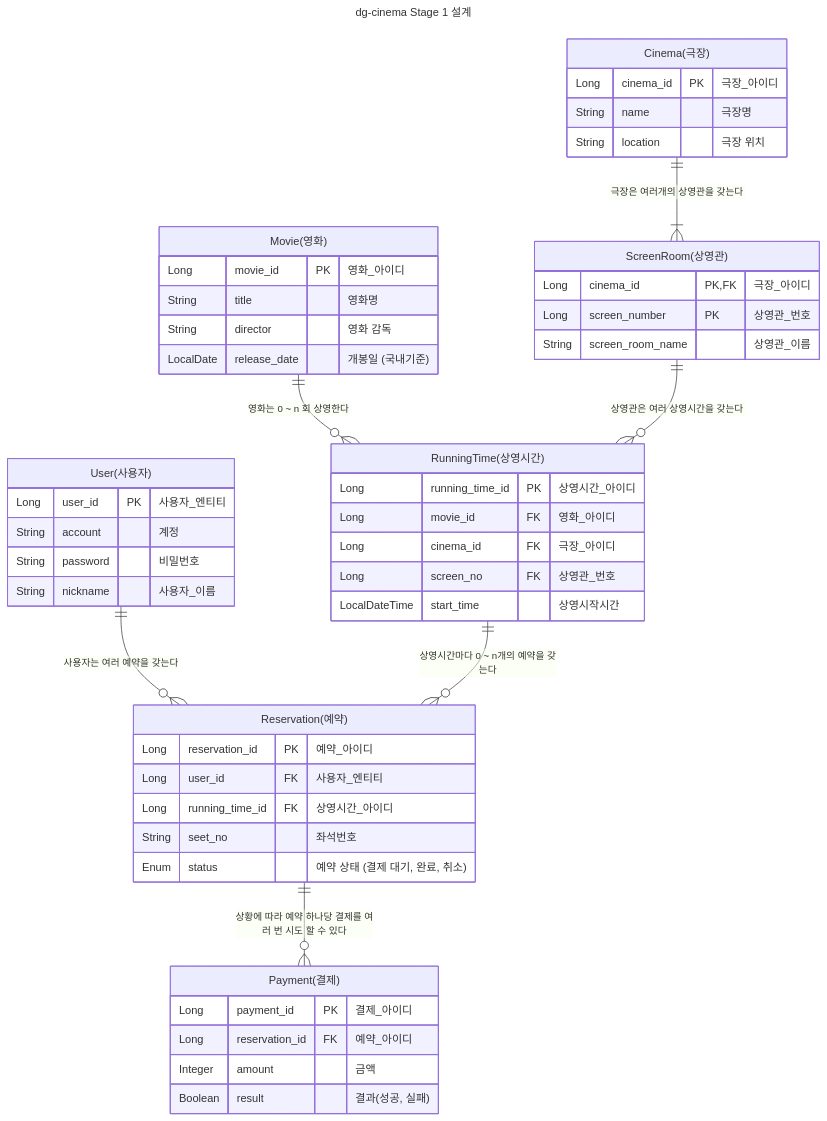
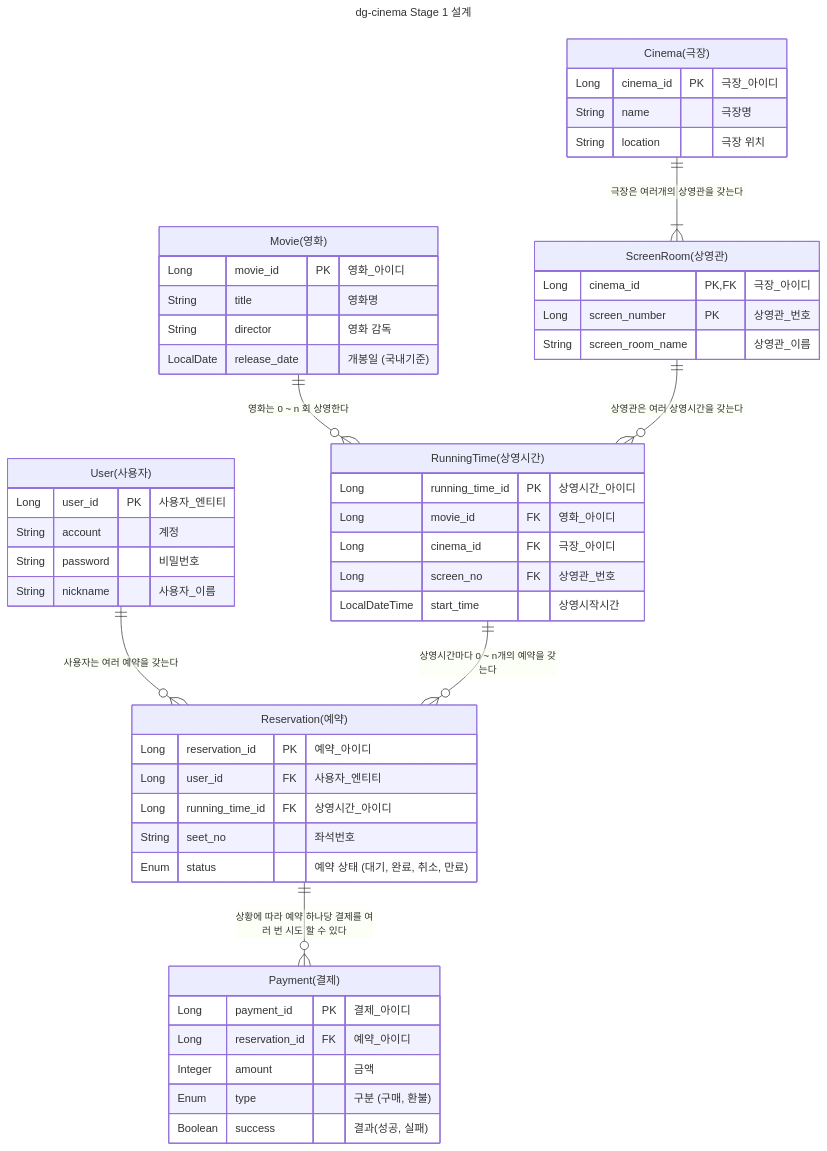
The diagram in document/ENTITY.md (leesj8116/dg-cinema-backend), drawn with Mermaid before and after one commit. The commit also changed 4 other files, not shown here.

````diff
--- a/document/ENTITY.md
+++ b/document/ENTITY.md
@@ -5,59 +5,60 @@
 ```mermaid
 ---
 title: dg-cinema Stage 1 설계
 ---
 erDiagram
     "User(사용자)" {
         Long user_id PK "사용자_엔티티"
         String account "계정"
         String password "비밀번호"
         String nickname "사용자_이름"
     }
     "Movie(영화)" {
         Long movie_id PK "영화_아이디"
         String title "영화명"
         String director "영화 감독"
         LocalDate release_date "개봉일 (국내기준)"
     }
     "Cinema(극장)" {
         Long cinema_id PK "극장_아이디"
         String name "극장명"
         String location "극장 위치"
     }
 
     "ScreenRoom(상영관)" {
         Long cinema_id PK, FK "극장_아이디"
         Long screen_number PK "상영관_번호"
         String screen_room_name "상영관_이름"
     }
 
     "Reservation(예약)" {
         Long reservation_id PK "예약_아이디"
         Long user_id FK "사용자_엔티티"
         Long running_time_id FK "상영시간_아이디"
         String seet_no "좌석번호"
-        Enum status "예약 상태 (결제 대기, 완료, 취소)"
+        Enum status "예약 상태 (대기, 완료, 취소, 만료)"
     }
 
     "RunningTime(상영시간)" {
         Long running_time_id PK "상영시간_아이디"
         Long movie_id FK "영화_아이디"
         Long cinema_id FK "극장_아이디"
         Long screen_no FK "상영관_번호"
         LocalDateTime start_time "상영시작시간"
     }
 
     "Payment(결제)" {
         Long payment_id PK "결제_아이디"
         Long reservation_id FK "예약_아이디"
         Integer amount "금액"
-        Boolean result "결과(성공, 실패)"
+        Enum type "구분 (구매, 환불)"
+        Boolean success "결과(성공, 실패)"
     }
 
     "Movie(영화)" ||--o{ "RunningTime(상영시간)": "영화는 0 ~ n 회 상영한다"
     "ScreenRoom(상영관)" ||--o{ "RunningTime(상영시간)": "상영관은 여러 상영시간을 갖는다"
     "Cinema(극장)" ||--|{ "ScreenRoom(상영관)": "극장은 여러개의 상영관을 갖는다"
     "User(사용자)" ||--o{ "Reservation(예약)": "사용자는 여러 예약을 갖는다"
     "RunningTime(상영시간)" ||--o{ "Reservation(예약)": "상영시간마다 0 ~ n개의 예약을 갖는다"
     "Reservation(예약)" ||--o{ "Payment(결제)": "상황에 따라 예약 하나당 결제를 여러 번 시도 할 수 있다"
 ```
````
